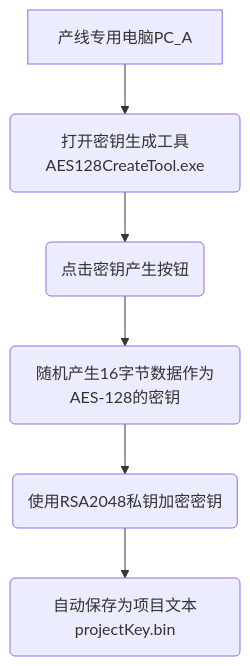
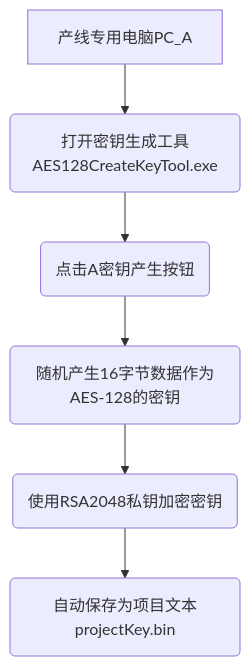
Before and after one commit to facebook-cloud/iodraw-files: the diagram in all/未命名-9.md, drawn with Mermaid.

Commit message:
2026-01-06 20:37:09 update

````diff
--- a/all/未命名-9.md
+++ b/all/未命名-9.md
@@ -1,9 +1,9 @@
 ```mermaid
 graph TD
-    A[产线专用电脑PC_A] --> B(打开密钥生成工具AES128CreateTool.exe)
-    B --> C(点击密钥产生按钮)
+    A[产线专用电脑PC_A] --> B(打开密钥生成工具AES128CreateKeyTool.exe)
+    B --> C(点击A密钥产生按钮)
     C --> D(随机产生16字节数据作为AES-128的密钥)
     D --> E(使用RSA2048私钥加密密钥)
     E --> F(自动保存为项目文本projectKey.bin)
 
 ```
````
